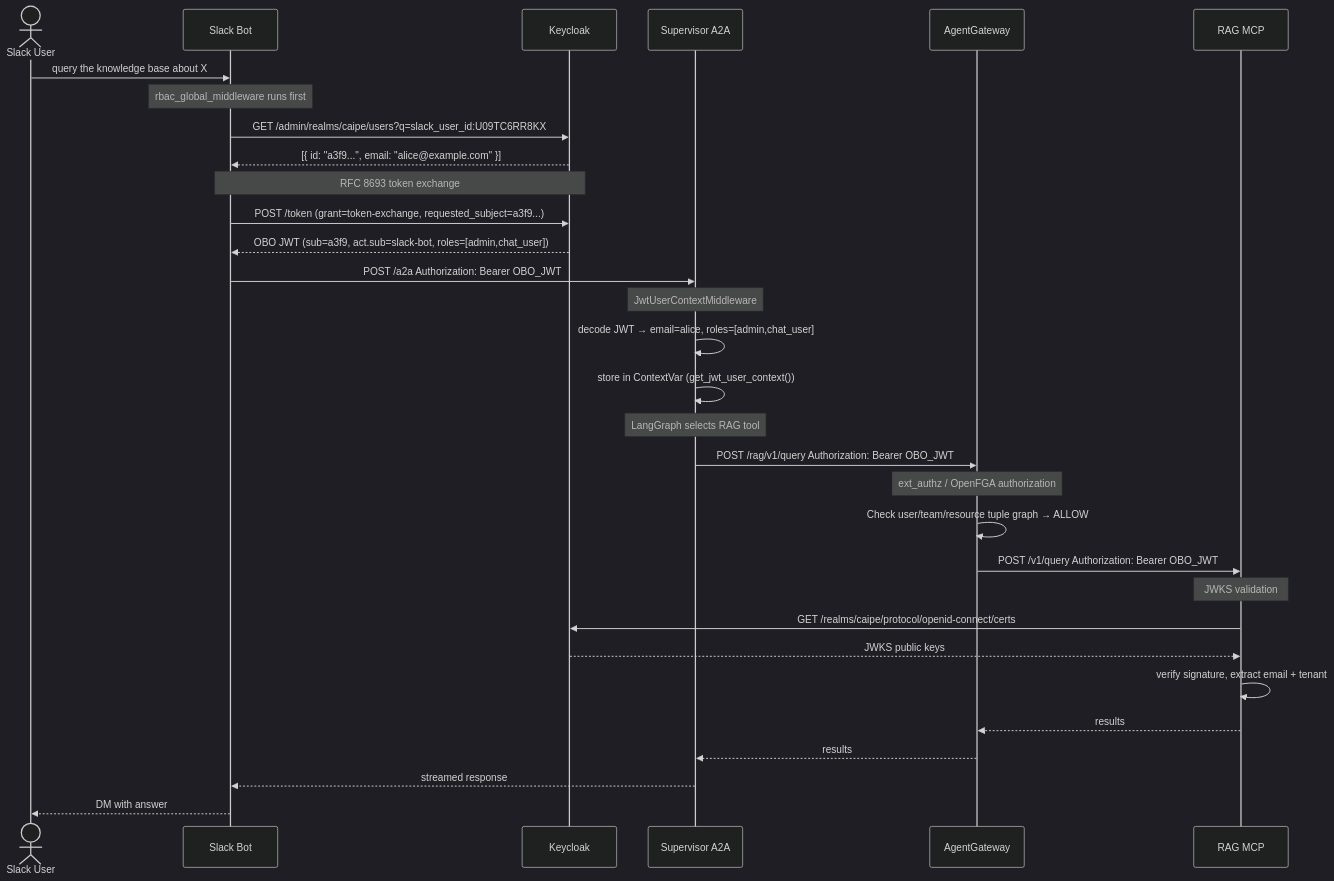
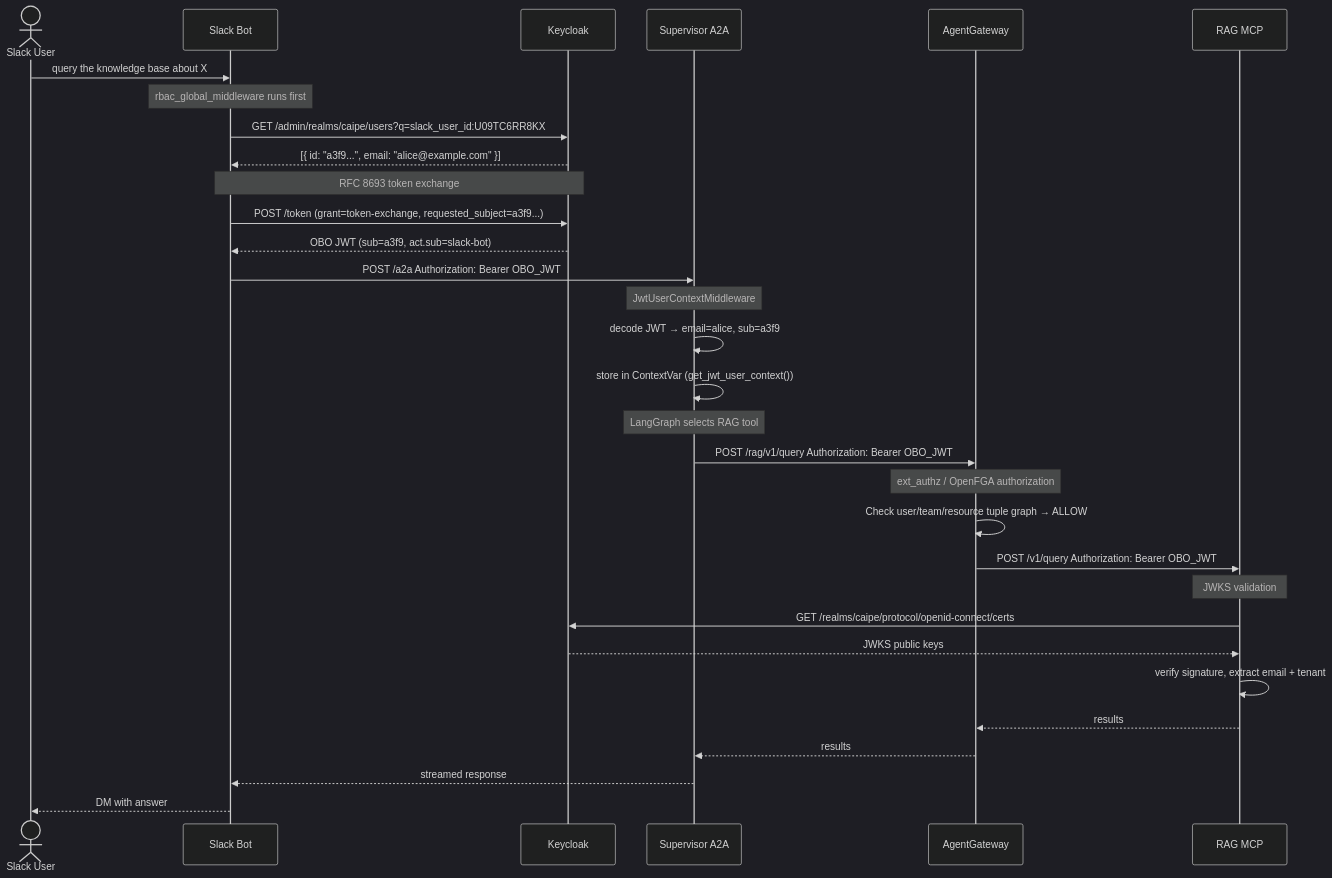
Before and after one commit to cnoe-io/ai-platform-engineering: the third of 3 diagrams in docs/docs/security/rbac/workflows.md, drawn with Mermaid (dark theme). The commit also changed other lines of this file and 204 other files, not shown here.

````diff
--- a/docs/docs/security/rbac/workflows.md
+++ b/docs/docs/security/rbac/workflows.md
@@ -154,42 +222,42 @@
 ```mermaid
 sequenceDiagram
     actor U as Slack User
     participant SB as Slack Bot
     participant KC as Keycloak
     participant SUP as Supervisor A2A
     participant AG as AgentGateway
     participant MCP as RAG MCP
 
     U->>SB: query the knowledge base about X
 
     note over SB: rbac_global_middleware runs first
     SB->>KC: GET /admin/realms/caipe/users?q=slack_user_id:U09TC6RR8KX
     KC-->>SB: [{ id: "a3f9...", email: "alice@example.com" }]
 
     note over SB,KC: RFC 8693 token exchange
     SB->>KC: POST /token (grant=token-exchange, requested_subject=a3f9...)
-    KC-->>SB: OBO JWT (sub=a3f9, act.sub=slack-bot, roles=[admin,chat_user])
+    KC-->>SB: OBO JWT (sub=a3f9, act.sub=slack-bot)
 
     SB->>SUP: POST /a2a  Authorization: Bearer OBO_JWT
 
     note over SUP: JwtUserContextMiddleware
-    SUP->>SUP: decode JWT → email=alice, roles=[admin,chat_user]
+    SUP->>SUP: decode JWT → email=alice, sub=a3f9
     SUP->>SUP: store in ContextVar (get_jwt_user_context())
 
     note over SUP: LangGraph selects RAG tool
     SUP->>AG: POST /rag/v1/query  Authorization: Bearer OBO_JWT
 
     note over AG: ext_authz / OpenFGA authorization
     AG->>AG: Check user/team/resource tuple graph → ALLOW
 
     AG->>MCP: POST /v1/query  Authorization: Bearer OBO_JWT
     note over MCP: JWKS validation
     MCP->>KC: GET /realms/caipe/protocol/openid-connect/certs
     KC-->>MCP: JWKS public keys
     MCP->>MCP: verify signature, extract email + tenant
 
     MCP-->>AG: results
     AG-->>SUP: results
     SUP-->>SB: streamed response
     SB-->>U: DM with answer
 ```
````
